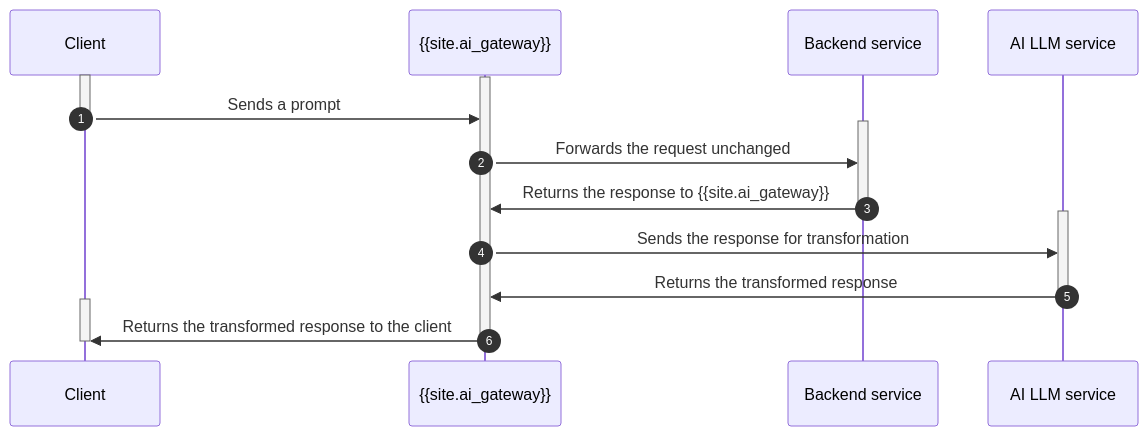
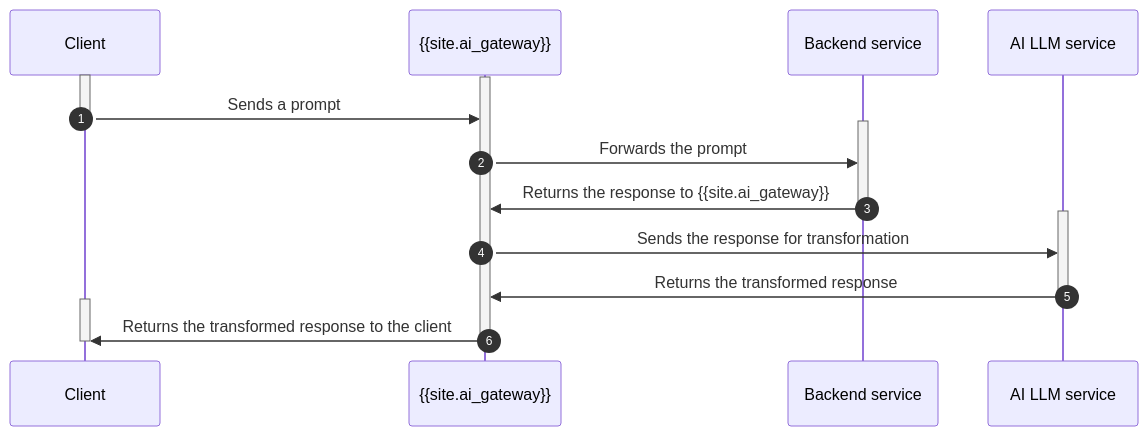
Before and after one commit to Kong/developer.konghq.com: the diagram in app/_includes/md/ai-gateway/v2/ai-response-transformer-diagram.md, drawn with Mermaid.

Commit message:
Apply suggestion from @juliamrch

```diff
--- a/app/_includes/md/ai-gateway/v2/ai-response-transformer-diagram.md
+++ b/app/_includes/md/ai-gateway/v2/ai-response-transformer-diagram.md
@@ -2,24 +2,24 @@
 {% mermaid %}
 sequenceDiagram
     autonumber
     participant client as Client
     participant kong as {{site.ai_gateway}}
     participant backend as Backend service
     participant ai as AI LLM service
     activate client
     activate kong
     client->>kong: Sends a prompt
     deactivate client
     activate backend
-    kong->>backend: Forwards the request unchanged
+    kong->>backend: Forwards the prompt
     backend->>kong: Returns the response to {{site.ai_gateway}}
     deactivate backend
     activate ai
     kong->>ai: Sends the response for transformation
     ai->>kong: Returns the transformed response
     deactivate ai
     activate client
     kong->>client: Returns the transformed response to the client
     deactivate kong
     deactivate client
 {% endmermaid %}
```
